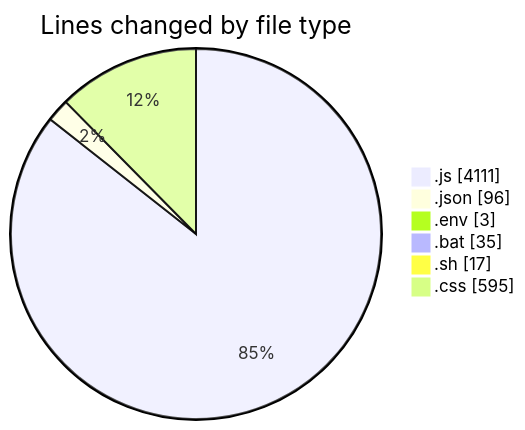
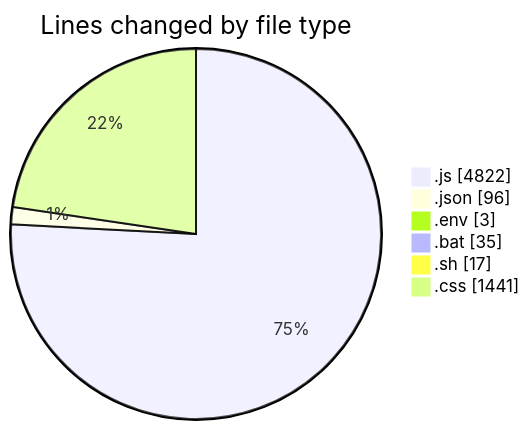
Before and after one commit to lephambinh05/code-tracking: the first of 2 diagrams in 2025-07-19/eduwallet-main/README.md, drawn with Mermaid. The commit also changed other lines of this file and 1 other file, not shown here.

````diff
--- a/2025-07-19/eduwallet-main/README.md
+++ b/2025-07-19/eduwallet-main/README.md
@@ -49,10 +53,10 @@
 ```mermaid
 pie showData
 title Lines changed by file type
-".js" : 4111
+".js" : 4822
 ".json" : 96
 ".env" : 3
 ".bat" : 35
 ".sh" : 17
-".css" : 595
+".css" : 1441
 ```
````
